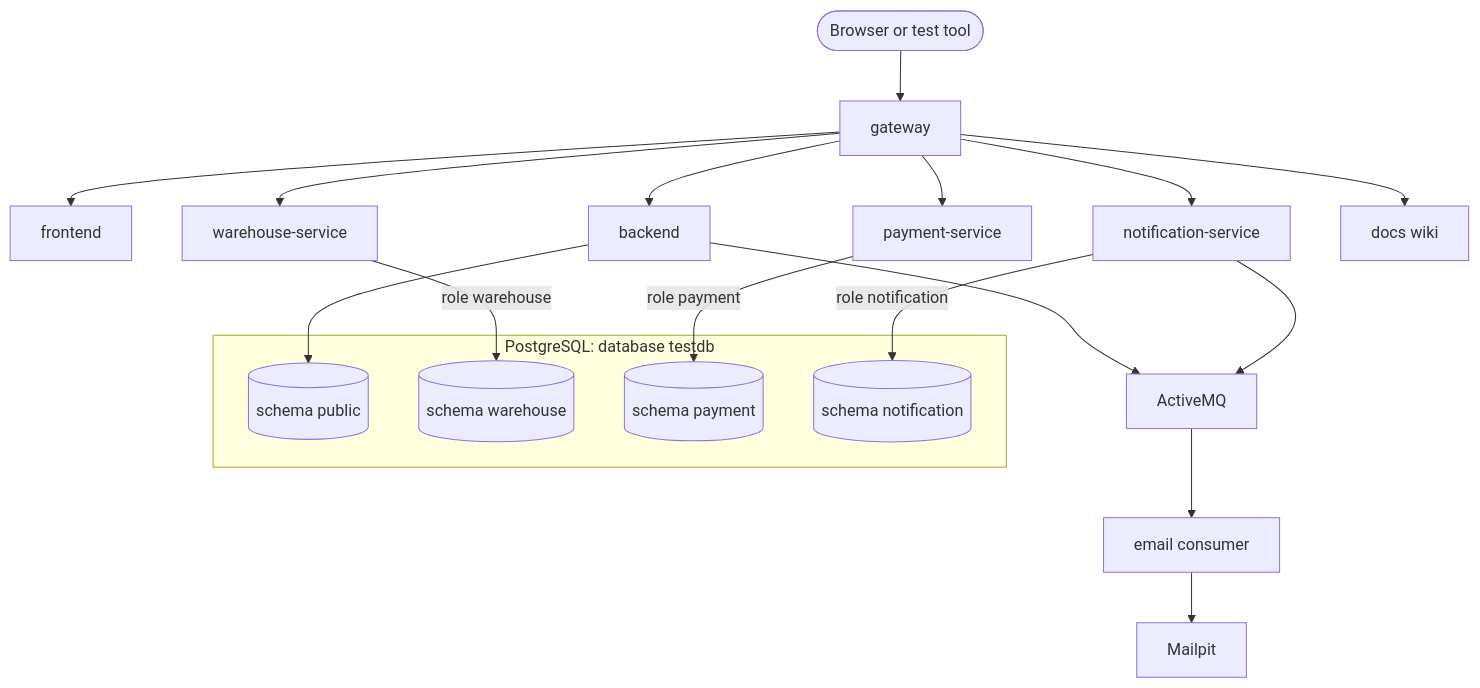
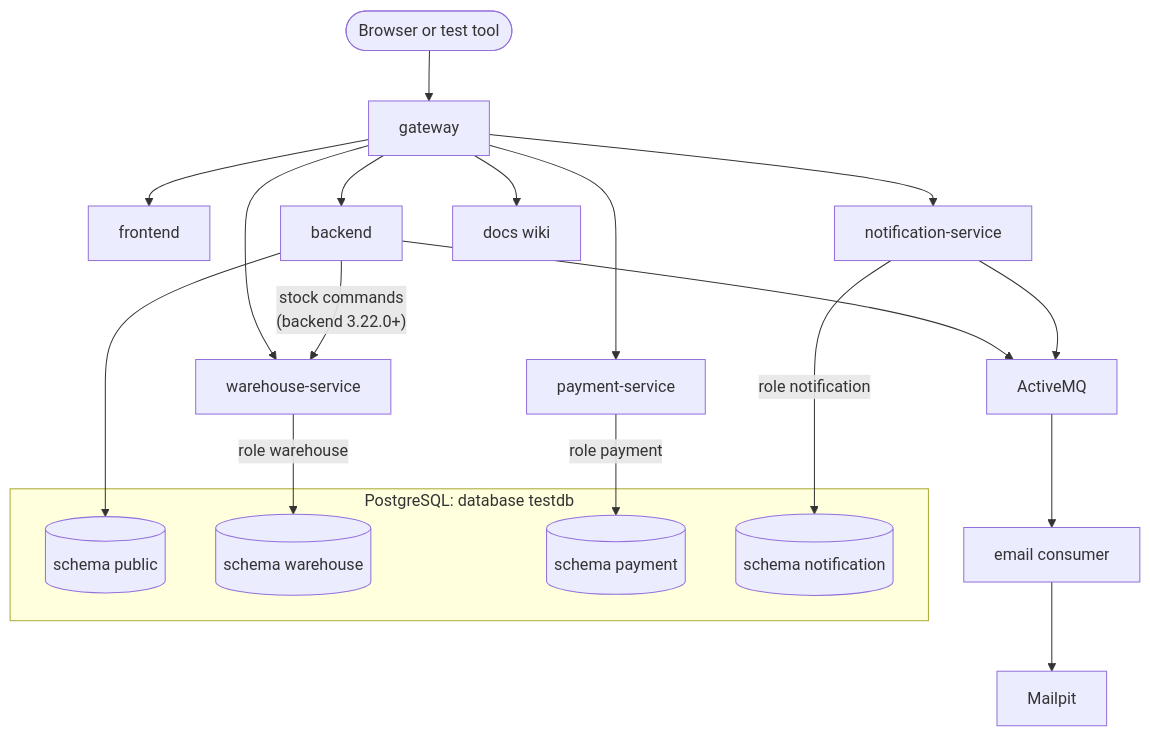
The first of 2 diagrams in docs-site/docs/architecture/index.md (slawekradzyminski/awesome-localstack), drawn with Mermaid before and after one commit. The commit also changed other lines of this file and 6 other files, not shown here.

````diff
--- a/docs-site/docs/architecture/index.md
+++ b/docs-site/docs/architecture/index.md
@@ -9,22 +9,23 @@
 ```mermaid
 flowchart TB
     U([Browser or test tool]) --> G[gateway]
     G --> F[frontend]
     G --> B[backend]
     G --> W[warehouse-service]
     G --> P[payment-service]
     G --> N[notification-service]
     G --> D[docs wiki]
     subgraph PG["PostgreSQL: database testdb"]
         PUB[(schema public)]
         WH[(schema warehouse)]
         PAY[(schema payment)]
         NOT[(schema notification)]
     end
     B --> PUB
+    B -->|"stock commands<br/>(backend 3.22.0+)"| W
     W -->|role warehouse| WH
     P -->|role payment| PAY
     N -->|role notification| NOT
     B --> MQ[ActiveMQ] --> C[email consumer] --> M[Mailpit]
     N --> MQ
 ```
````
